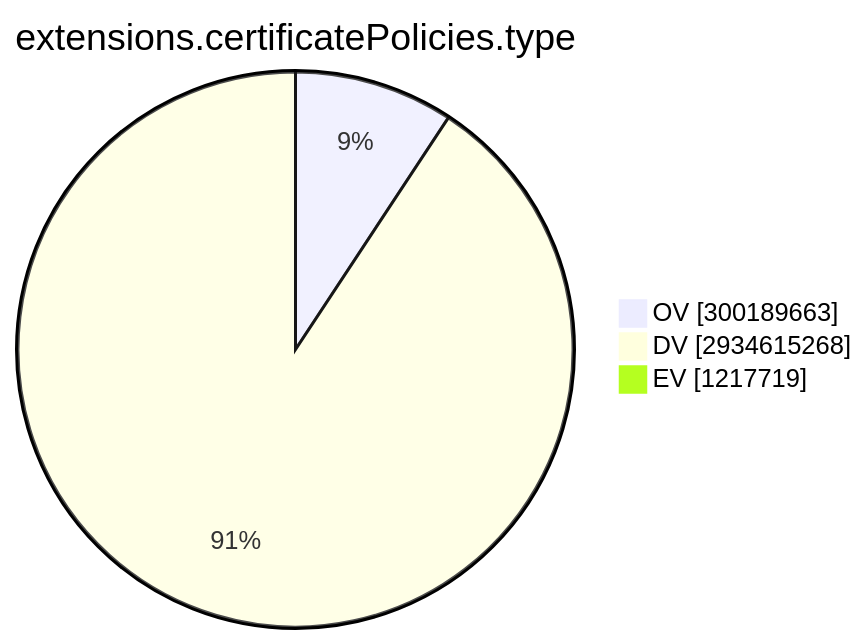
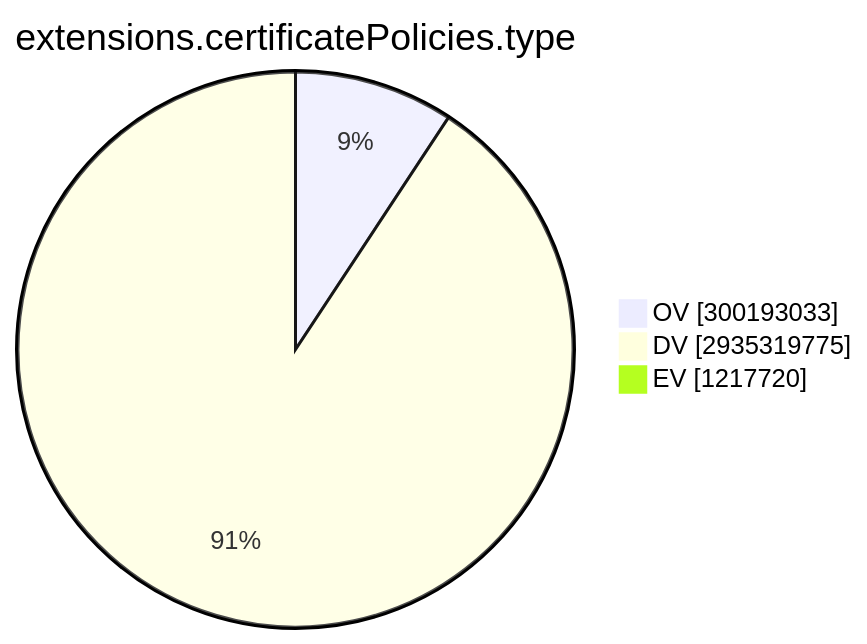
The ninth of 15 diagrams in TOTAL/README.md (christiankrug/ctmonitor_visualization), drawn with Mermaid before and after one commit. The commit also changed other lines of this file, not shown here.

````diff
--- a/TOTAL/README.md
+++ b/TOTAL/README.md
@@ -3101,7 +3101,7 @@
 ```mermaid
 pie showData
 title extensions.certificatePolicies.type
-"OV" :300189663
-"DV" :2934615268
-"EV" :1217719
+"OV" :300193033
+"DV" :2935319775
+"EV" :1217720
 ```
````
